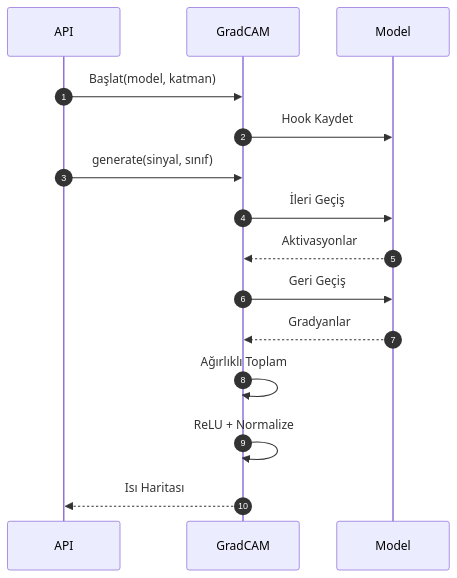
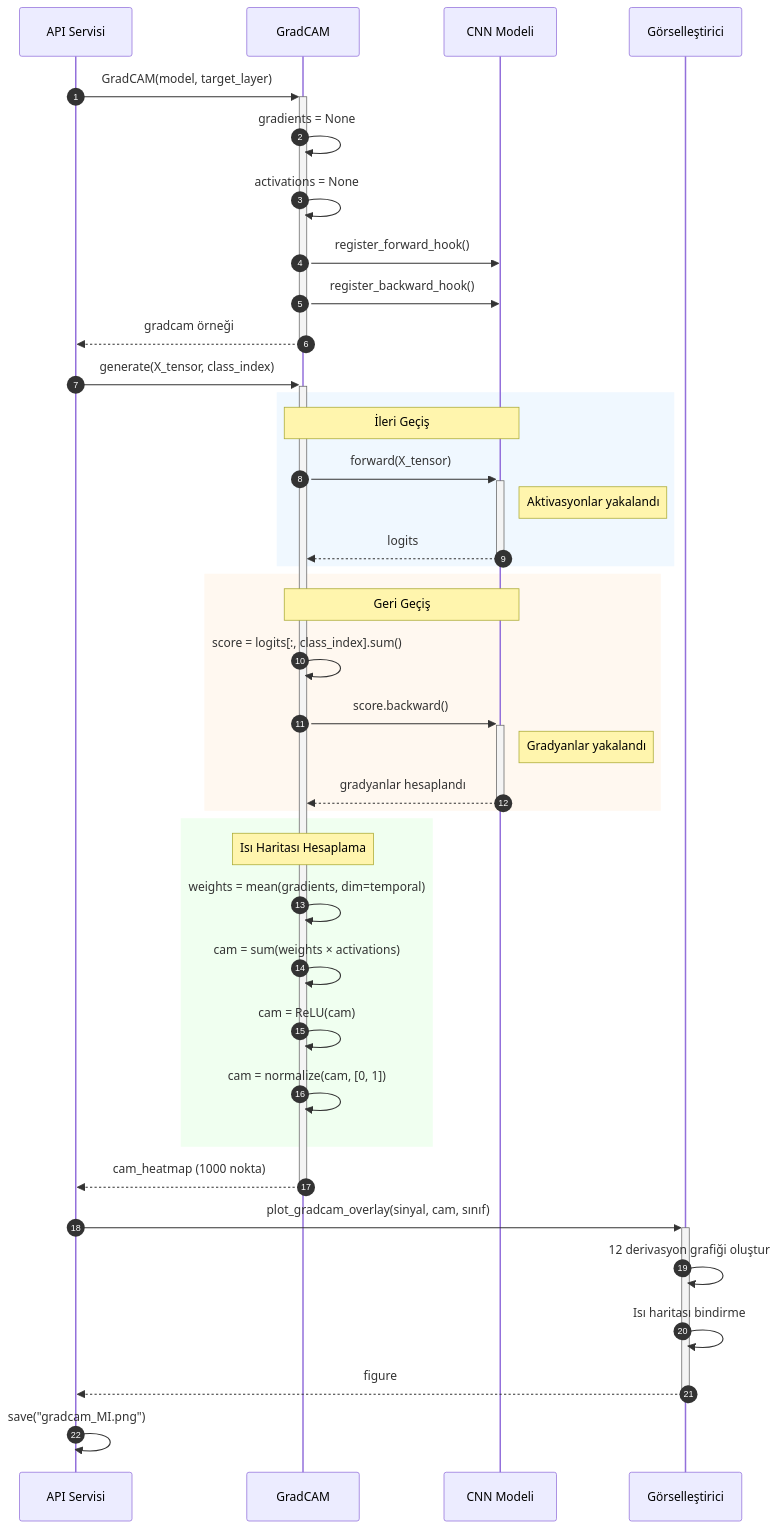
One commit to mUsaulug/CardioGuard-AI changed the fifth of 9 diagrams in docs/diagrams/06_sequence_diagram.md. Above: the diagram before and after it, drawn with Mermaid. The commit also changed other lines of this file and 3 other files, not shown here.

````diff
--- a/docs/diagrams/06_sequence_diagram.md
+++ b/docs/diagrams/06_sequence_diagram.md
@@ -147,21 +255,49 @@
 ```mermaid
 sequenceDiagram
     autonumber
-    participant API
+    participant API as API Servisi
     participant GC as GradCAM
-    participant Model
+    participant Model as CNN Modeli
+    participant Viz as Görselleştirici
     
-    API->>GC: Başlat(model, katman)
-    GC->>Model: Hook Kaydet
+    API->>+GC: GradCAM(model, target_layer)
+    GC->>GC: gradients = None
+    GC->>GC: activations = None
+    GC->>Model: register_forward_hook()
+    GC->>Model: register_backward_hook()
+    GC-->>-API: gradcam örneği
     
-    API->>GC: generate(sinyal, sınıf)
-    GC->>Model: İleri Geçiş
-    Model-->>GC: Aktivasyonlar
+    API->>+GC: generate(X_tensor, class_index)
     
-    GC->>Model: Geri Geçiş
-    Model-->>GC: Gradyanlar
+    rect rgb(240, 248, 255)
+        Note over GC, Model: İleri Geçiş
+        GC->>+Model: forward(X_tensor)
+        Note right of Model: Aktivasyonlar yakalandı
+        Model-->>-GC: logits
+    end
     
-    GC->>GC: Ağırlıklı Toplam
-    GC->>GC: ReLU + Normalize
-    GC-->>API: Isı Haritası
+    rect rgb(255, 248, 240)
+        Note over GC, Model: Geri Geçiş
+        GC->>GC: score = logits[:, class_index].sum()
+        GC->>+Model: score.backward()
+        Note right of Model: Gradyanlar yakalandı
+        Model-->>-GC: gradyanlar hesaplandı
+    end
+    
+    rect rgb(240, 255, 240)
+        Note over GC: Isı Haritası Hesaplama
+        GC->>GC: weights = mean(gradients, dim=temporal)
+        GC->>GC: cam = sum(weights × activations)
+        GC->>GC: cam = ReLU(cam)
+        GC->>GC: cam = normalize(cam, [0, 1])
+    end
+    
+    GC-->>-API: cam_heatmap (1000 nokta)
+    
+    API->>+Viz: plot_gradcam_overlay(sinyal, cam, sınıf)
+    Viz->>Viz: 12 derivasyon grafiği oluştur
+    Viz->>Viz: Isı haritası bindirme
+    Viz-->>-API: figure
+    
+    API->>API: save("gradcam_MI.png")
 ```
````
